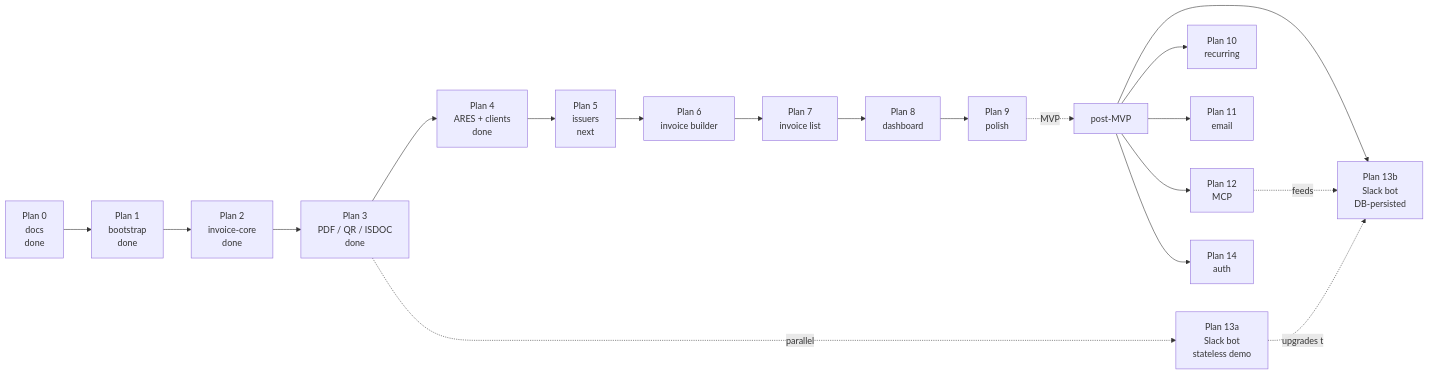
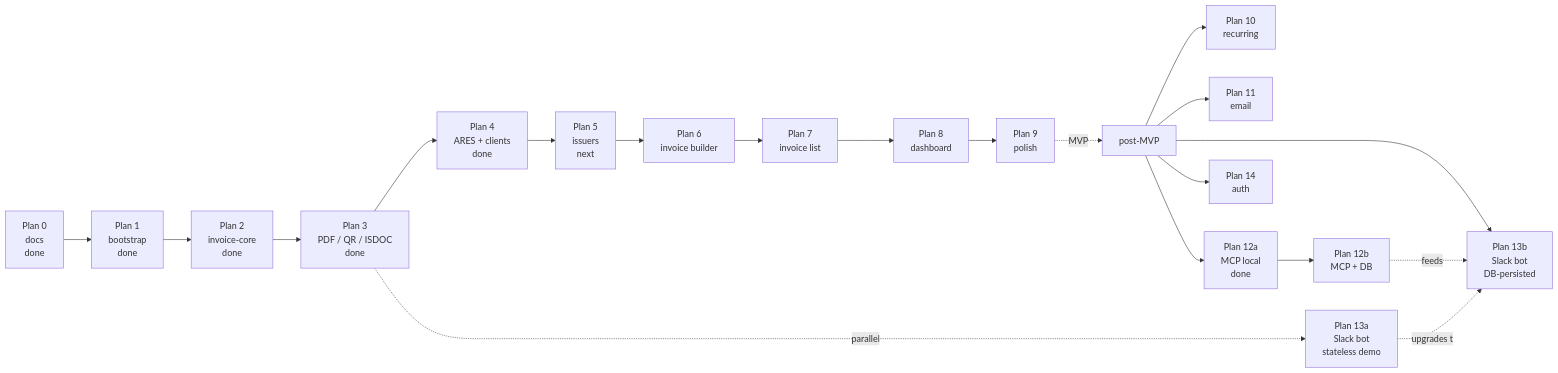
One commit to filipditrich/inveoiceyai changed the diagram in docs/roadmap.md. Above: the diagram before and after it, drawn with Mermaid. The commit also changed other lines of this file and 9 other files, not shown here.

First line of the commit message:
docs(docs): document Plan 12a local MCP and Vercel prep

````diff
--- a/docs/roadmap.md
+++ b/docs/roadmap.md
@@ -7,21 +7,22 @@
 ```mermaid
 flowchart LR
     P0["Plan 0<br/>docs<br/>done"] --> P1["Plan 1<br/>bootstrap<br/>done"]
     P1 --> P2["Plan 2<br/>invoice-core<br/>done"]
     P2 --> P3["Plan 3<br/>PDF / QR / ISDOC<br/>done"]
     P3 --> P4["Plan 4<br/>ARES + clients<br/>done"]
     P4 --> P5["Plan 5<br/>issuers<br/>next"]
     P5 --> P6["Plan 6<br/>invoice builder"]
     P6 --> P7["Plan 7<br/>invoice list"]
     P7 --> P8["Plan 8<br/>dashboard"]
     P8 --> P9["Plan 9<br/>polish"]
     P3 -.parallel.-> P13a["Plan 13a<br/>Slack bot<br/>stateless demo"]
     P9 -.MVP.-> Post["post-MVP"]
     Post --> P10["Plan 10<br/>recurring"]
     Post --> P11["Plan 11<br/>email"]
-    Post --> P12["Plan 12<br/>MCP"]
+    Post --> P12a["Plan 12a<br/>MCP local<br/>done"]
+    P12a --> P12b["Plan 12b<br/>MCP + DB"]
     Post --> P13b["Plan 13b<br/>Slack bot<br/>DB-persisted"]
     Post --> P14["Plan 14<br/>auth"]
-    P12 -.feeds.-> P13b
+    P12b -.feeds.-> P13b
     P13a -.upgrades to.-> P13b
 ```
````
